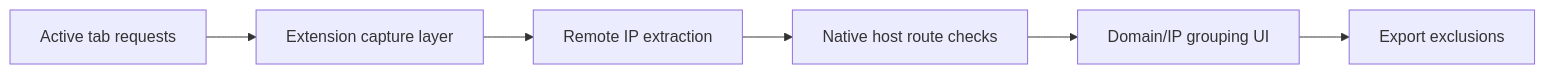
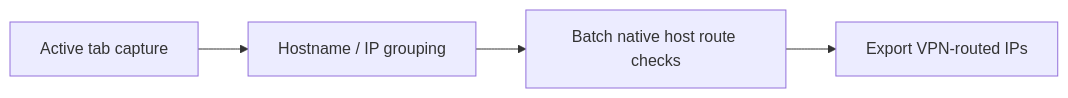
One commit to FreemanDan/vpn-route-inspector changed the third of 3 diagrams in docs/architecture.md. Above: the diagram before and after it, drawn with Mermaid. The commit also changed other lines of this file and 9 other files, not shown here.

First line of the commit message:
Implement Milestone 2: Active-tab response capture and UI enhancements

````diff
--- a/docs/architecture.md
+++ b/docs/architecture.md
@@ -106,8 +151,6 @@
 ```mermaid
 flowchart LR
-    A[Active tab requests] --> B[Extension capture layer]
-    B --> C[Remote IP extraction]
-    C --> D[Native host route checks]
-    D --> E[Domain/IP grouping UI]
-    E --> F[Export exclusions]
+    A[Active tab capture] --> B[Hostname / IP grouping]
+    B --> C[Batch native host route checks]
+    C --> D[Export VPN-routed IPs]
 ```
````
